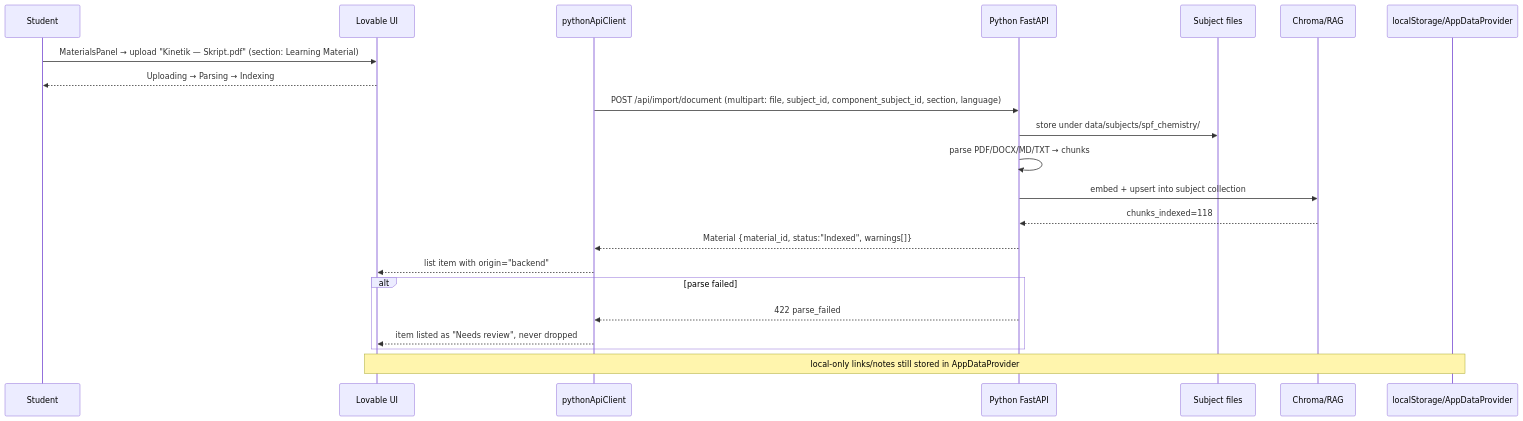
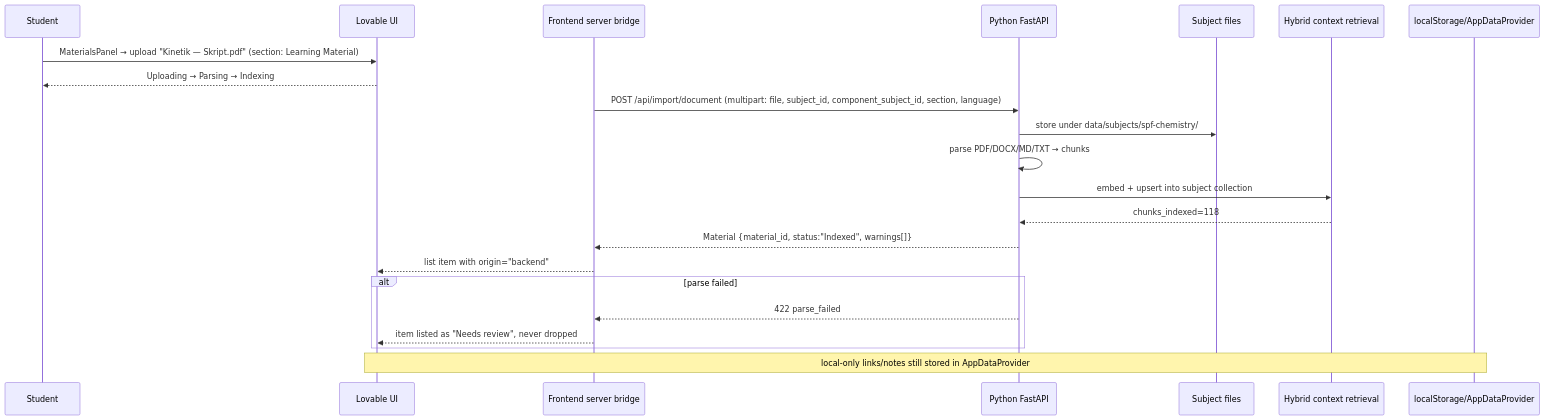
Diagram 11 of 14 in docs/USER_FLOWS.md (keyshavmor/study-swiss-star), drawn with Mermaid before and after one commit. The commit also changed other lines of this file and 75 other files, not shown here.

````diff
--- a/docs/USER_FLOWS.md
+++ b/docs/USER_FLOWS.md
@@ -241,24 +241,24 @@
 ```mermaid
 sequenceDiagram
     participant Student
     participant UI as Lovable UI
-    participant SF as pythonApiClient
+    participant SF as Frontend server bridge
     participant PY as Python FastAPI
     participant FILES as Subject files
-    participant RAG as Chroma/RAG
+    participant RAG as Hybrid context retrieval
     participant LS as localStorage/AppDataProvider
     Student->>UI: MaterialsPanel → upload "Kinetik — Skript.pdf" (section: Learning Material)
     UI-->>Student: Uploading → Parsing → Indexing
     SF->>PY: POST /api/import/document (multipart: file, subject_id, component_subject_id, section, language)
-    PY->>FILES: store under data/subjects/spf_chemistry/
+    PY->>FILES: store under data/subjects/spf-chemistry/
     PY->>PY: parse PDF/DOCX/MD/TXT → chunks
     PY->>RAG: embed + upsert into subject collection
     RAG-->>PY: chunks_indexed=118
     PY-->>SF: Material {material_id, status:"Indexed", warnings[]}
     SF-->>UI: list item with origin="backend"
     alt parse failed
         PY-->>SF: 422 parse_failed
         SF-->>UI: item listed as "Needs review", never dropped
     end
     Note over UI,LS: local-only links/notes still stored in AppDataProvider
 ```
````
